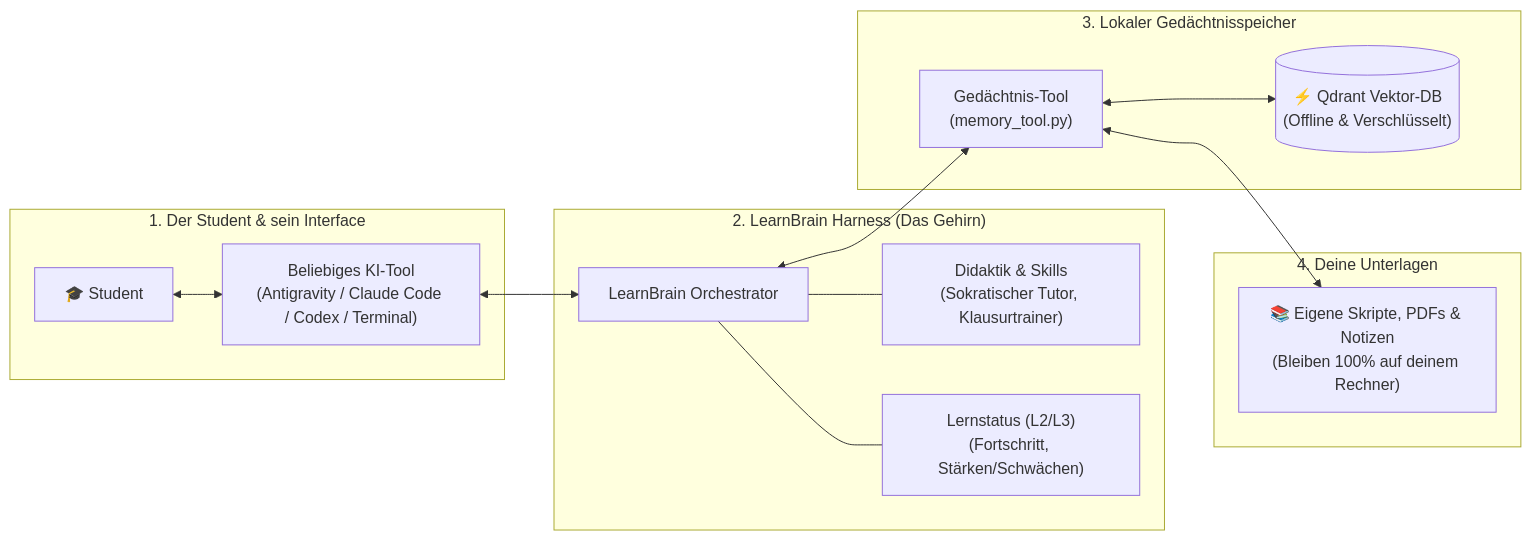
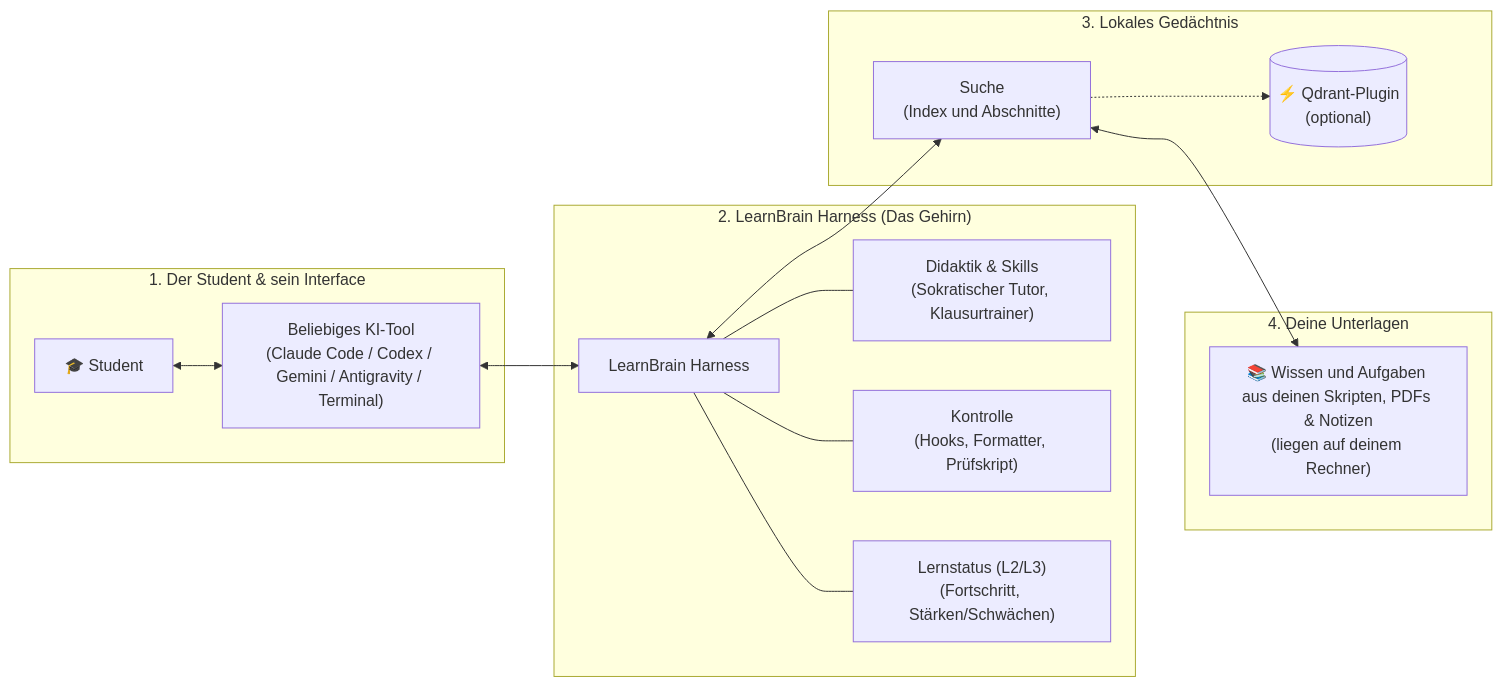
Before and after one commit to OpenLearnBrain/LearnBrain: the third of 3 diagrams in README.md, drawn with Mermaid. The commit also changed other lines of this file, not shown here.

First line of the commit message:
docs: merge README with agreed LearnBrain decisions

````diff
--- a/README.md
+++ b/README.md
@@ -84,21 +108,22 @@
 ```mermaid
 flowchart LR
     subgraph Frontend ["1. Der Student & sein Interface"]
-        User["🎓 Student"] <--> UI["Beliebiges KI-Tool<br/>(Antigravity / Claude Code / Codex / Terminal)"]
+        User["🎓 Student"] <--> UI["Beliebiges KI-Tool<br/>(Claude Code / Codex / Gemini / Antigravity / Terminal)"]
     end
 
     subgraph Core ["2. LearnBrain Harness (Das Gehirn)"]
-        UI <--> Harness["LearnBrain Orchestrator"]
+        UI <--> Harness["LearnBrain Harness"]
         Harness --- Rules["Didaktik & Skills<br/>(Sokratischer Tutor, Klausurtrainer)"]
+        Harness --- Guard["Kontrolle<br/>(Hooks, Formatter, Prüfskript)"]
         Harness --- State["Lernstatus (L2/L3)<br/>(Fortschritt, Stärken/Schwächen)"]
     end
 
-    subgraph Storage ["3. Lokaler Gedächtnisspeicher"]
-        Harness <--> Tool["Gedächtnis-Tool<br/>(memory_tool.py)"]
-        Tool <--> Qdrant[("⚡ Qdrant Vektor-DB<br/>(Offline & Verschlüsselt)")]
+    subgraph Storage ["3. Lokales Gedächtnis"]
+        Harness <--> Tool["Suche<br/>(Index und Abschnitte)"]
+        Tool -.-> Qdrant[("⚡ Qdrant-Plugin<br/>(optional)")]
     end
 
     subgraph Files ["4. Deine Unterlagen"]
-        Tool <--> Docs["📚 Eigene Skripte, PDFs & Notizen<br/>(Bleiben 100% auf deinem Rechner)"]
+        Tool <--> Docs["📚 Wissen und Aufgaben aus deinen Skripten, PDFs & Notizen<br/>(liegen auf deinem Rechner)"]
     end
 ```
````
